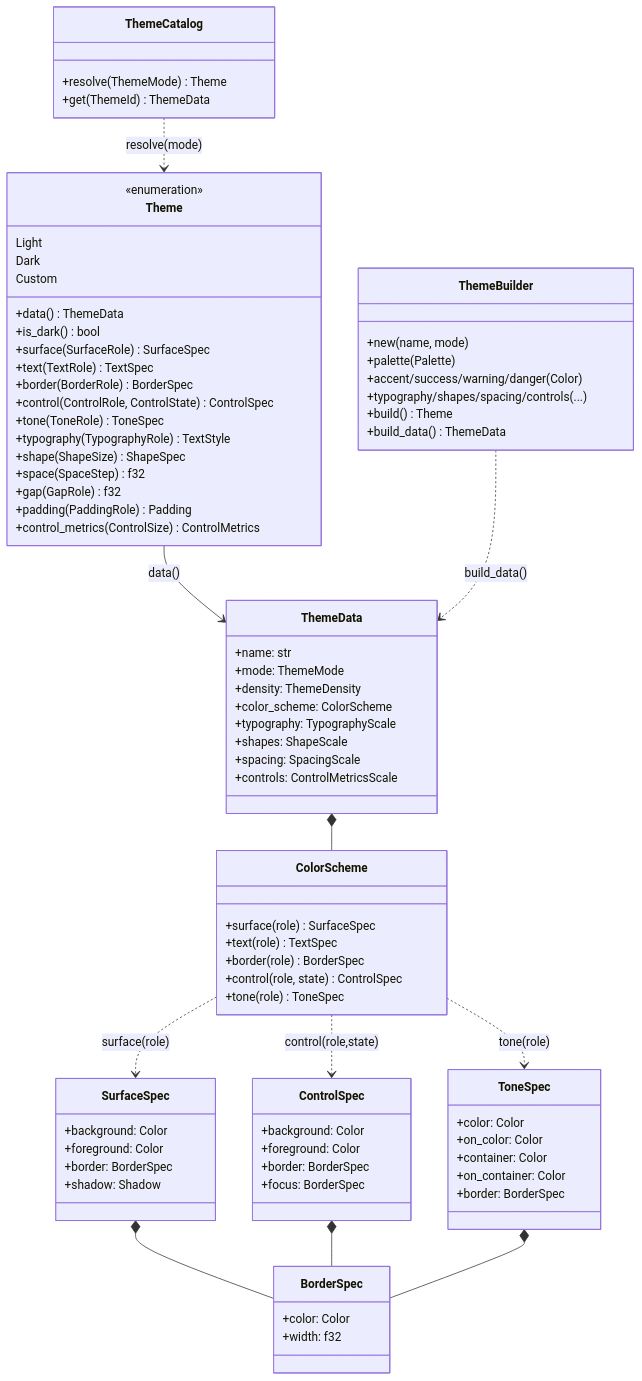
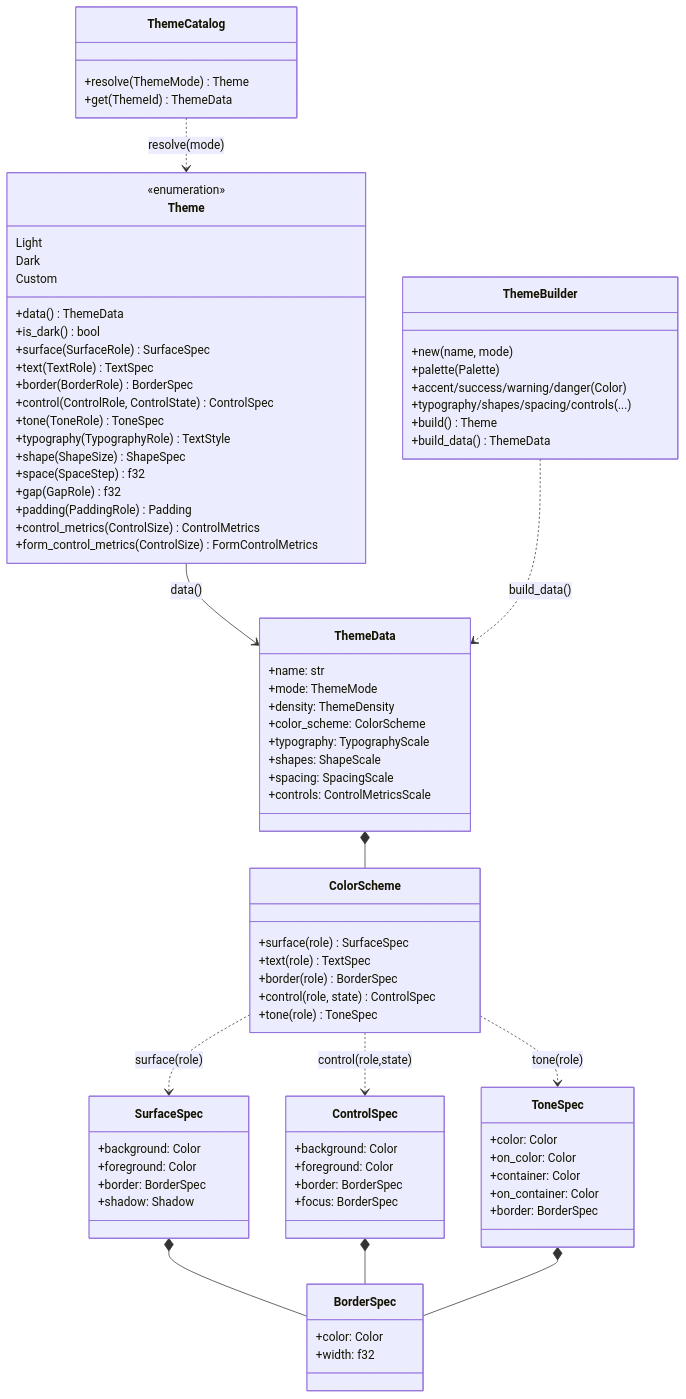
The first of 3 diagrams in docs/architecture/design-system.md (JirlanSouza/nive), drawn with Mermaid before and after one commit. The commit also changed other lines of this file and 8 other files, not shown here.

First line of the commit message:
docs: update design-system docs and add form-control migration guide

```diff
--- a/docs/architecture/design-system.md
+++ b/docs/architecture/design-system.md
@@ -31,6 +31,7 @@
         +gap(GapRole) f32
         +padding(PaddingRole) Padding
         +control_metrics(ControlSize) ControlMetrics
+        +form_control_metrics(ControlSize) FormControlMetrics
     }
     class ThemeData {
         +name: str
```
